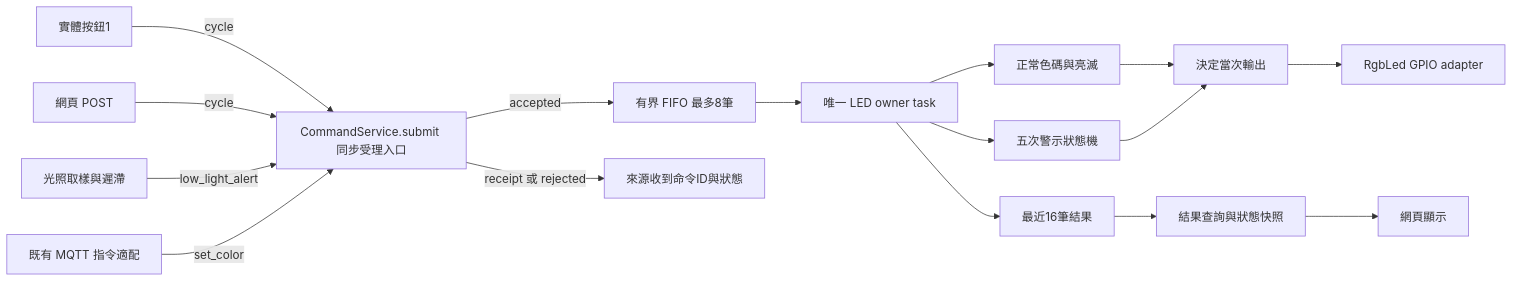
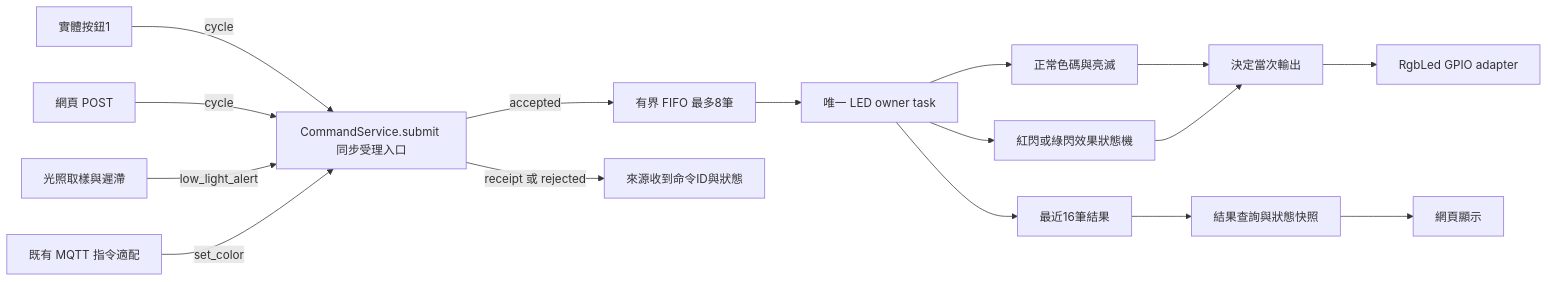
One commit to change918418-tech/IoT_Course changed diagram 18 of 21 in LED_SINGLE_OWNER_GUIDE.md. Above: the diagram before and after it, drawn with Mermaid. The commit also changed other lines of this file and 30 other files, not shown here.

````diff
--- a/LED_SINGLE_OWNER_GUIDE.md
+++ b/LED_SINGLE_OWNER_GUIDE.md
@@ -961,18 +962,18 @@
 ```mermaid
 flowchart LR
     Button[實體按鈕1] -->|cycle| Entry[CommandService.submit 同步受理入口]
     Web[網頁 POST] -->|cycle| Entry
     Light[光照取樣與遲滯] -->|low_light_alert| Entry
     Mqtt[既有 MQTT 指令適配] -->|set_color| Entry
     Entry -->|accepted| Queue[有界 FIFO 最多8筆]
     Entry -->|receipt 或 rejected| Reply[來源收到命令ID與狀態]
     Queue --> Owner[唯一 LED owner task]
     Owner --> Normal[正常色碼與亮滅]
-    Owner --> Effect[五次警示狀態機]
+    Owner --> Effect[紅閃或綠閃效果狀態機]
     Normal --> Render[決定當次輸出]
     Effect --> Render
     Render --> Hardware[RgbLed GPIO adapter]
     Owner --> Results[最近16筆結果]
     Results --> Api[結果查詢與狀態快照]
     Api --> Browser[網頁顯示]
 ```
````
